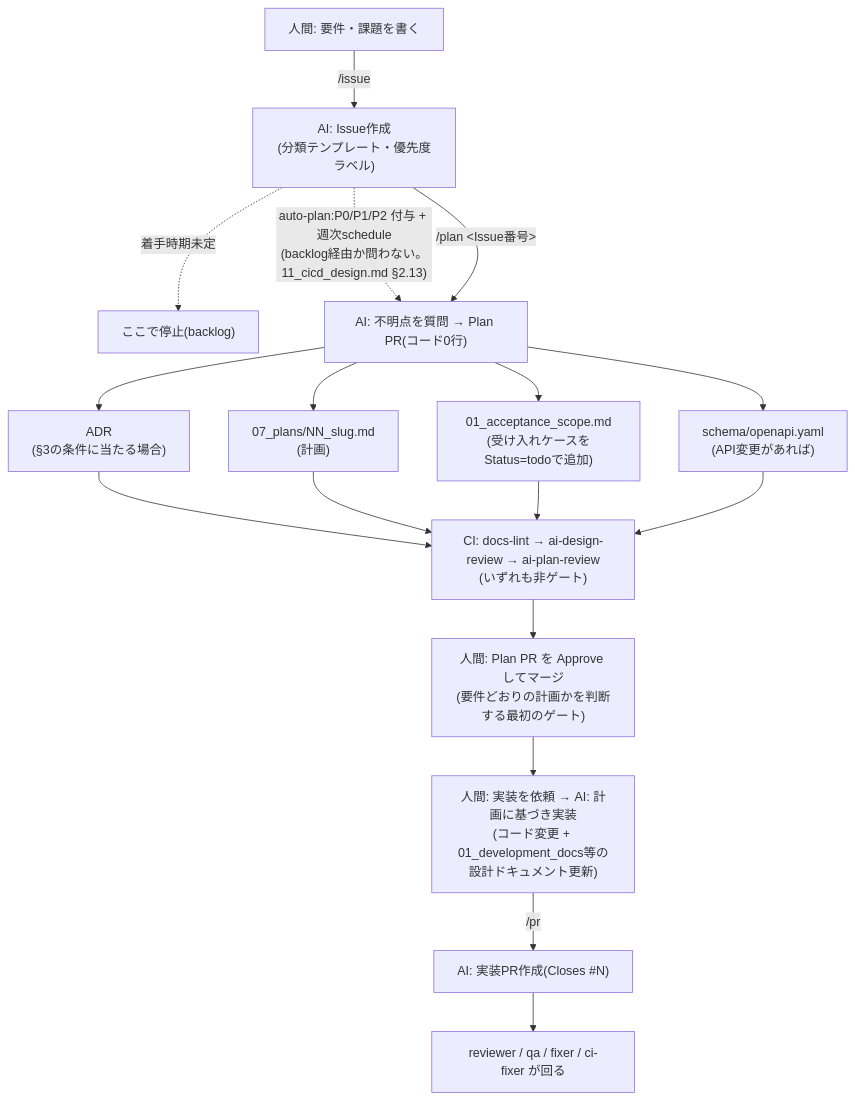
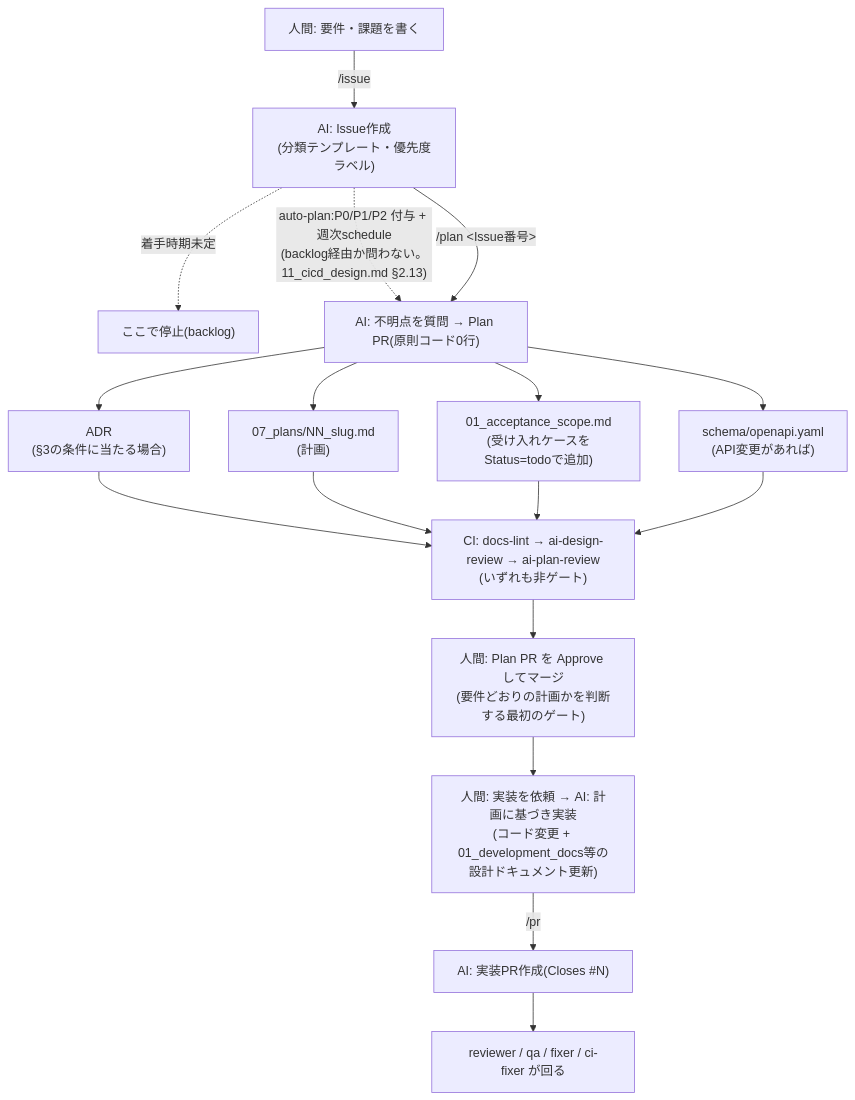
The first of 3 diagrams in .claude/00_project/04_development_process.md (ebichan88/swiss-stage), drawn with Mermaid before and after one commit. The commit also changed other lines of this file and 17 other files, not shown here.

````diff
--- a/.claude/00_project/04_development_process.md
+++ b/.claude/00_project/04_development_process.md
@@ -25,19 +25,19 @@
 ```mermaid
 flowchart TD
     A["人間: 要件・課題を書く"] -->|"/issue"| B["AI: Issue作成<br/>(分類テンプレート・優先度ラベル)"]
     B -.->|"着手時期未定"| Z["ここで停止(backlog)"]
     B -.->|"auto-plan:P0/P1/P2 付与 + 週次schedule<br/>(backlog経由か問わない。11_cicd_design.md §2.13)"| C
-    B -->|"/plan &lt;Issue番号&gt;"| C["AI: 不明点を質問 → Plan PR(コード0行)"]
+    B -->|"/plan &lt;Issue番号&gt;"| C["AI: 不明点を質問 → Plan PR(原則コード0行)"]
     C --> C1["ADR<br/>(§3の条件に当たる場合)"]
     C --> C2["07_plans/NN_slug.md<br/>(計画)"]
     C --> C3["01_acceptance_scope.md<br/>(受け入れケースをStatus=todoで追加)"]
     C --> C4["schema/openapi.yaml<br/>(API変更があれば)"]
     C1 --> D["CI: docs-lint → ai-design-review → ai-plan-review<br/>(いずれも非ゲート)"]
     C2 --> D
     C3 --> D
     C4 --> D
     D --> E["人間: Plan PR を Approve してマージ<br/>(要件どおりの計画かを判断する最初のゲート)"]
     E --> H["人間: 実装を依頼 → AI: 計画に基づき実装<br/>(コード変更 + 01_development_docs等の設計ドキュメント更新)"]
     H -->|"/pr"| F["AI: 実装PR作成(Closes #N)"]
     F --> G["reviewer / qa / fixer / ci-fixer が回る"]
 ```
````
